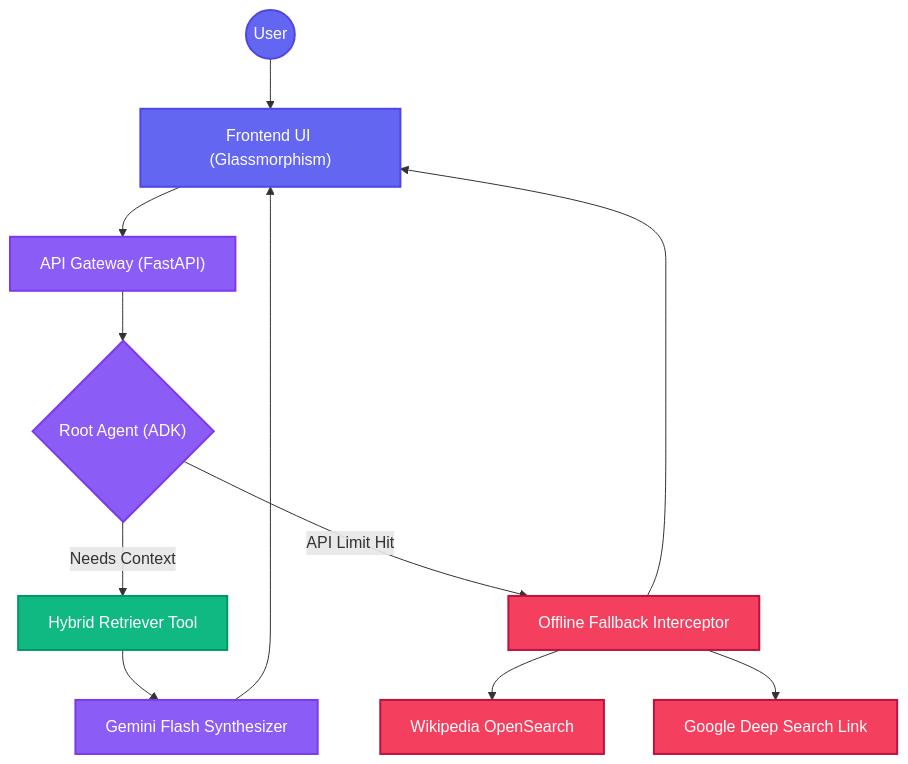
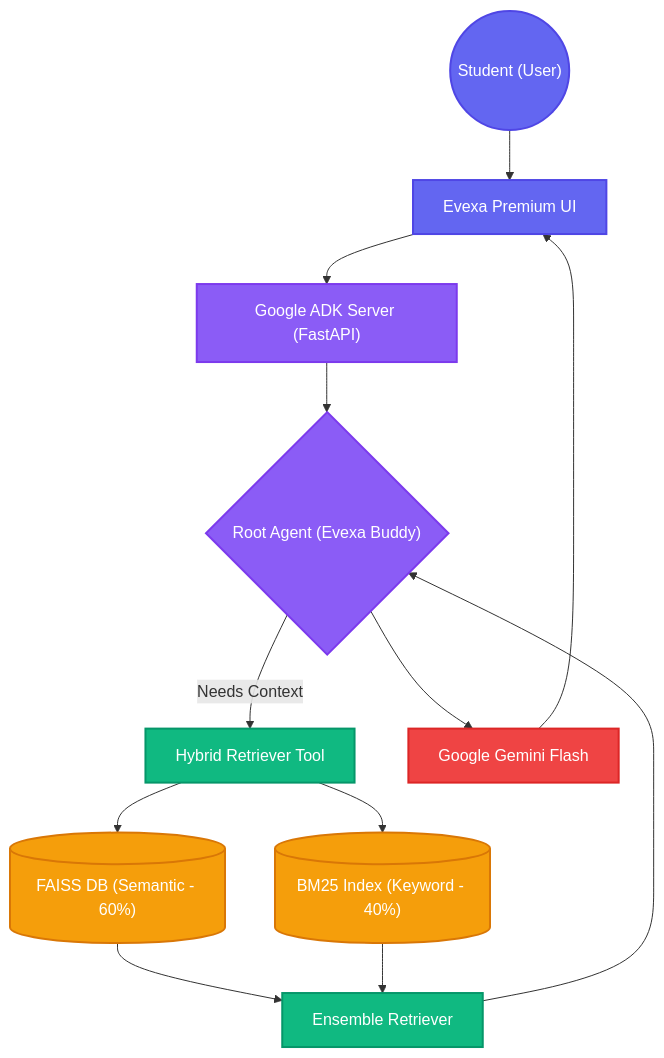
One commit to Amourhoffen/Evexa_RAG_iitp_Project changed the first of 2 diagrams in Evexa_Whitepaper.md. Above: the diagram before and after it, drawn with Mermaid. The commit also changed other lines of this file, not shown here.

Commit message:
Refactor Whitepaper into a Hybrid Document integrating UI screenshots and Demo video for better visual presentation

````diff
--- a/Evexa_Whitepaper.md
+++ b/Evexa_Whitepaper.md
@@ -26,21 +50,24 @@
 ```mermaid
 graph TD
     classDef user fill:#6366f1,stroke:#4f46e5,stroke-width:2px,color:#fff;
     classDef agent fill:#8b5cf6,stroke:#7c3aed,stroke-width:2px,color:#fff;
     classDef tool fill:#10b981,stroke:#059669,stroke-width:2px,color:#fff;
-    classDef fallback fill:#f43f5e,stroke:#be123c,stroke-width:2px,color:#fff;
+    classDef data fill:#f59e0b,stroke:#d97706,stroke-width:2px,color:#fff;
+    classDef llm fill:#ef4444,stroke:#dc2626,stroke-width:2px,color:#fff;
 
-    User(("User")):::user --> UI["Frontend UI (Glassmorphism)"]:::user
-    UI --> API["API Gateway (FastAPI)"]:::agent
-    API --> RootAgent{"Root Agent (ADK)"}:::agent
+    User(("Student (User)")):::user --> UI["Evexa Premium UI"]:::user
+    UI --> ADK["Google ADK Server (FastAPI)"]:::agent
+    ADK --> RootAgent{"Root Agent (Evexa Buddy)"}:::agent
     
-    RootAgent -- "Needs Context" --> HybridSearch["Hybrid Retriever Tool"]:::tool
-    RootAgent -- "API Limit Hit" --> FallbackEngine["Offline Fallback Interceptor"]:::fallback
+    RootAgent -- "Needs Context" --> Tool["Hybrid Retriever Tool"]:::tool
     
-    FallbackEngine --> Wiki["Wikipedia OpenSearch"]:::fallback
-    FallbackEngine --> GSearch["Google Deep Search Link"]:::fallback
+    Tool --> FAISS[("FAISS DB (Semantic - 60%)")]:::data
+    Tool --> BM25[("BM25 Index (Keyword - 40%)")]:::data
     
-    HybridSearch --> LLM["Gemini Flash Synthesizer"]:::agent
-    LLM --> UI
-    FallbackEngine --> UI
+    FAISS --> Ensemble["Ensemble Retriever"]:::tool
+    BM25 --> Ensemble
+    Ensemble --> RootAgent
+    
+    RootAgent --> Gemini["Google Gemini Flash"]:::llm
+    Gemini --> UI
 ```
````
